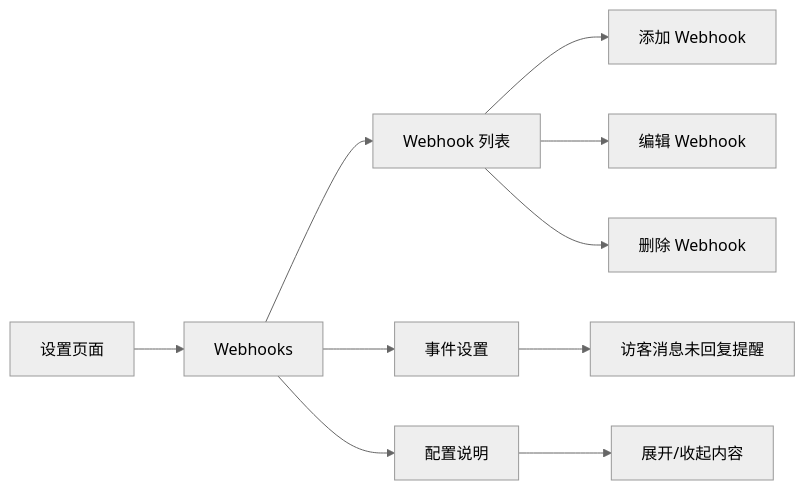
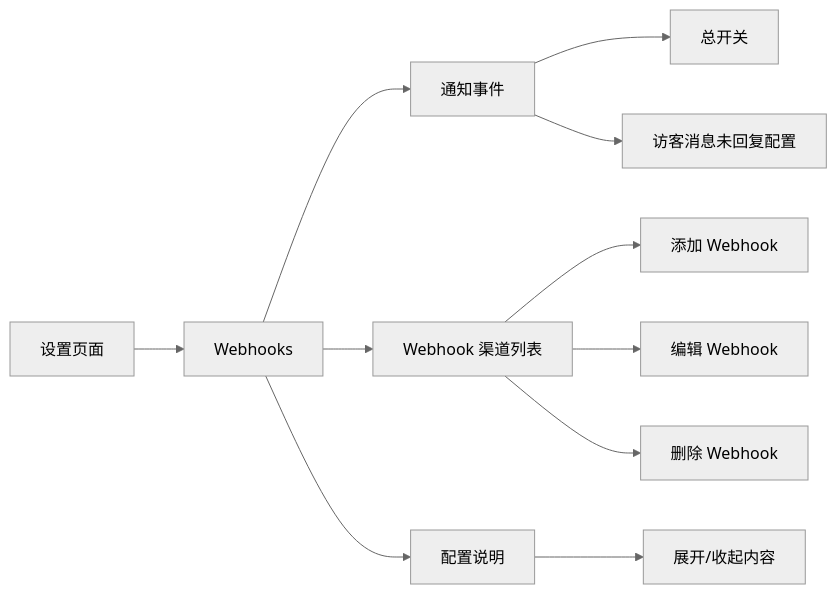
Before and after one commit to goeye/twt: the first of 2 diagrams in docs/PRD-Webhook平台集成.md, drawn with Mermaid (neutral theme). The commit also changed other lines of this file and 3 other files, not shown here.

````diff
--- a/docs/PRD-Webhook平台集成.md
+++ b/docs/PRD-Webhook平台集成.md
@@ -48,12 +48,13 @@
 ```mermaid
 graph LR
     A[设置页面] --> B[Webhooks]
-    B --> B1[Webhook 列表]
-    B --> B2[事件设置]
+    B --> B1[通知事件]
+    B --> B2[Webhook 渠道列表]
     B --> B3[配置说明]
-    B1 --> B1a[添加 Webhook]
-    B1 --> B1b[编辑 Webhook]
-    B1 --> B1c[删除 Webhook]
-    B2 --> B2a[访客消息未回复提醒]
+    B1 --> B1a[总开关]
+    B1 --> B1b[访客消息未回复配置]
+    B2 --> B2a[添加 Webhook]
+    B2 --> B2b[编辑 Webhook]
+    B2 --> B2c[删除 Webhook]
     B3 --> B3a[展开/收起内容]
 ```
````
